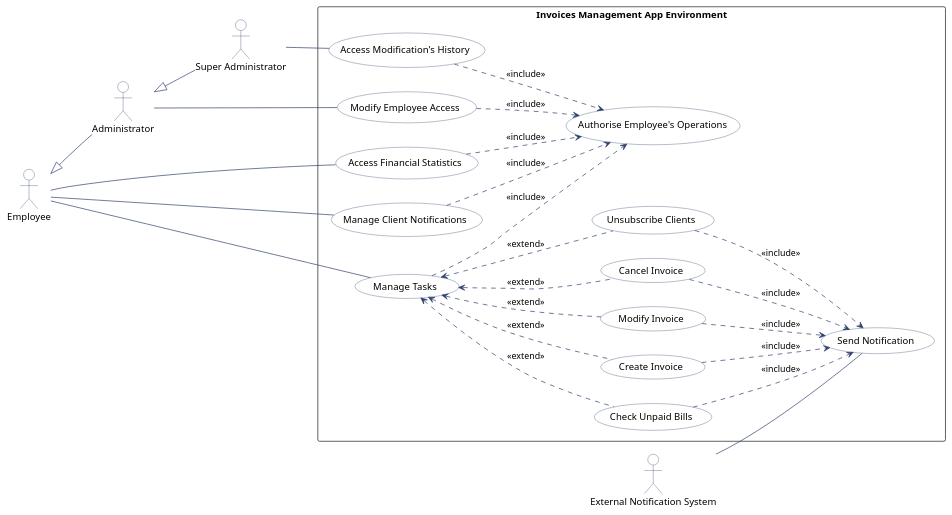
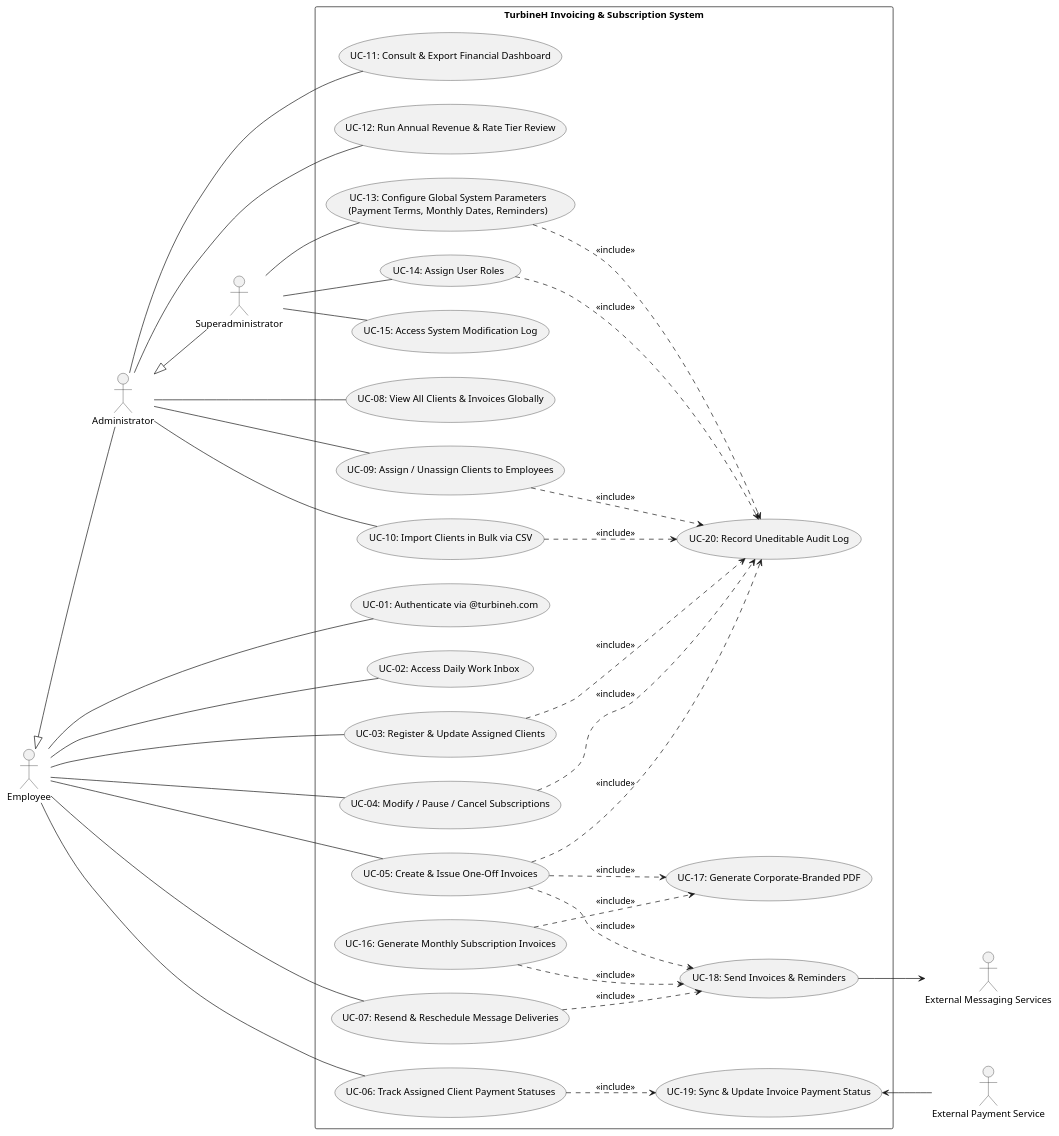
One commit to Navas05/ADA---Group-Project changed the diagram in use_case_diagram.pu. Above: the diagram before and after it, drawn with PlantUML.

Commit message:
Update Use Case Diagram

```diff
--- a/use_case_diagram.pu
+++ b/use_case_diagram.pu
@@ -1,98 +1,79 @@
 @startuml
 left to right direction
-
-' Global settings
-skinparam shadowing false
 skinparam packageStyle rectangle
 
-' Use Case styling
-skinparam usecase {
-    BackgroundColor #FFFFFF
-    BorderColor #2B3E6A
-    FontColor #000000
+actor "Employee" as Emp
+actor "Administrator" as Admin
+actor "Superadministrator" as SuperAdmin
+
+actor "External Payment Service" as PaymentSys
+actor "External Messaging Services" as MsgSys
+
+Emp <|-- Admin
+Admin <|-- SuperAdmin
+
+rectangle "TurbineH Invoicing & Subscription System" {
+    usecase "UC-01: Authenticate via @turbineh.com" as UC01
+    usecase "UC-02: Access Daily Work Inbox" as UC02
+    usecase "UC-03: Register & Update Assigned Clients" as UC03
+    usecase "UC-04: Modify / Pause / Cancel Subscriptions" as UC04
+    usecase "UC-05: Create & Issue One-Off Invoices" as UC05
+    usecase "UC-06: Track Assigned Client Payment Statuses" as UC06
+    usecase "UC-07: Resend & Reschedule Message Deliveries" as UC07
+    usecase "UC-08: View All Clients & Invoices Globally" as UC08
+    usecase "UC-09: Assign / Unassign Clients to Employees" as UC09
+    usecase "UC-10: Import Clients in Bulk via CSV" as UC10
+    usecase "UC-11: Consult & Export Financial Dashboard" as UC11
+    usecase "UC-12: Run Annual Revenue & Rate Tier Review" as UC12
+    usecase "UC-13: Configure Global System Parameters\n(Payment Terms, Monthly Dates, Reminders)" as UC13
+    usecase "UC-14: Assign User Roles" as UC14
+    usecase "UC-15: Access System Modification Log" as UC15
+    usecase "UC-16: Generate Monthly Subscription Invoices" as UC16
+    usecase "UC-17: Generate Corporate-Branded PDF" as UC17
+    usecase "UC-18: Send Invoices & Reminders" as UC18
+    usecase "UC-19: Sync & Update Invoice Payment Status" as UC19
+    usecase "UC-20: Record Uneditable Audit Log" as UC20
 }
 
-' Actor styling
-skinparam actor {
-    BackgroundColor #FFFFFF
-    BorderColor #2B3E6A
-    FontColor #000000
-}
+' Employee associations
+Emp -- UC01
+Emp -- UC02
+Emp -- UC03
+Emp -- UC04
+Emp -- UC05
+Emp -- UC06
+Emp -- UC07
 
-' Note styling
-skinparam note {
-    BackgroundColor #FDE2B8
-    BorderColor #2B3E6A
-    FontColor #000000
-}
+' Administrator associations
+Admin -- UC08
+Admin -- UC09
+Admin -- UC10
+Admin -- UC11
+Admin -- UC12
 
-' Arrow styling
-skinparam arrow {
-    Color #2B3E6A
-}
+' Superadministrator associations
+SuperAdmin -- UC13
+SuperAdmin -- UC14
+SuperAdmin -- UC15
 
-'=== Actors ===
-' Define your actors here (e.g., actor "Customer" as cust)
-actor "Employee" as employee
-actor "Administrator" as admin
-actor "Super Administrator" as super
-actor "External Notification System" as notification
+' Includes & Extends relationships
+UC05 ..> UC17 : <<include>>
+UC05 ..> UC18 : <<include>>
+UC16 ..> UC17 : <<include>>
+UC16 ..> UC18 : <<include>>
+UC07 ..> UC18 : <<include>>
 
-'=== System Boundary ===
-rectangle "Invoices Management App Environment" {
+UC03 ..> UC20 : <<include>>
+UC04 ..> UC20 : <<include>>
+UC05 ..> UC20 : <<include>>
+UC09 ..> UC20 : <<include>>
+UC10 ..> UC20 : <<include>>
+UC13 ..> UC20 : <<include>>
+UC14 ..> UC20 : <<include>>
 
-    '=== Use Cases ===
-    ' Define your use cases here (e.g., usecase "Login" as UC1)
-    usecase "Create Invoice" as UC1
-    usecase "Modify Invoice" as UC2
-    usecase "Cancel Invoice" as UC3
-    usecase "Unsubscribe Clients" as UC4
-    usecase "Access Financial Statistics" as UC5
-    usecase "Manage Client Notifications" as UC6
-    usecase "Check Unpaid Bills" as UC7
-
-    usecase "Modify Employee Access" as AC1
-
-    usecase "Access Modification's History" as SC1
-
-    usecase "Send Notification" as NC1
-    
-    usecase "Authorise Employee's Operations" as AuC1
-
-    usecase "Manage Tasks" as PT1
-}
-
-'=== Relationships ===
-' Connect actors to use cases or use cases to each other here
-employee -- PT1
-employee -- UC5
-employee -- UC6
-
-admin -- AC1
-
-super -- SC1
-
-notification -- NC1
-
-PT1 <.. UC1 : <<extend>>
-PT1 <.. UC2 : <<extend>>
-PT1 <.. UC3 : <<extend>>
-PT1 <.. UC4 : <<extend>>
-PT1 <.. UC7 : <<extend>>
-
-PT1 ..> AuC1 : <<include>>
-UC5 ..> AuC1 : <<include>>
-UC6 ..> AuC1 : <<include>>
-AC1 ..> AuC1 : <<include>>
-SC1 ..> AuC1 : <<include>>
-
-UC1 ..> NC1 : <<include>>
-UC2 ..> NC1 : <<include>>
-UC3 ..> NC1 : <<include>>
-UC4 ..> NC1 : <<include>>
-UC7 ..> NC1 : <<include>>
-
-employee <|-- admin
-admin <|-- super
+' External System integrations
+UC18 --> MsgSys
+UC19 <-- PaymentSys
+UC06 ..> UC19 : <<include>>
 
 @enduml
```
